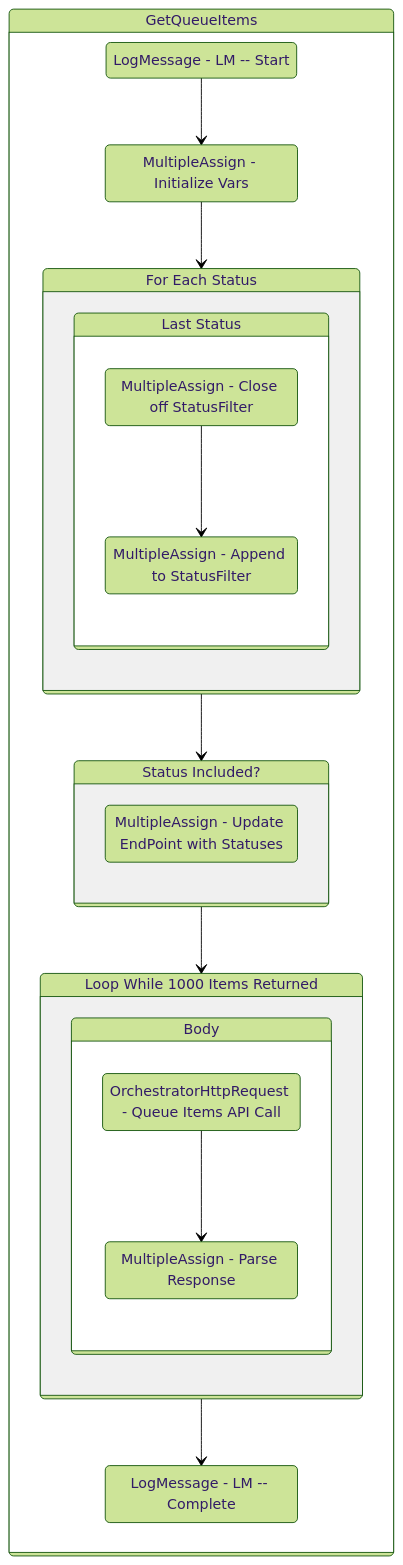
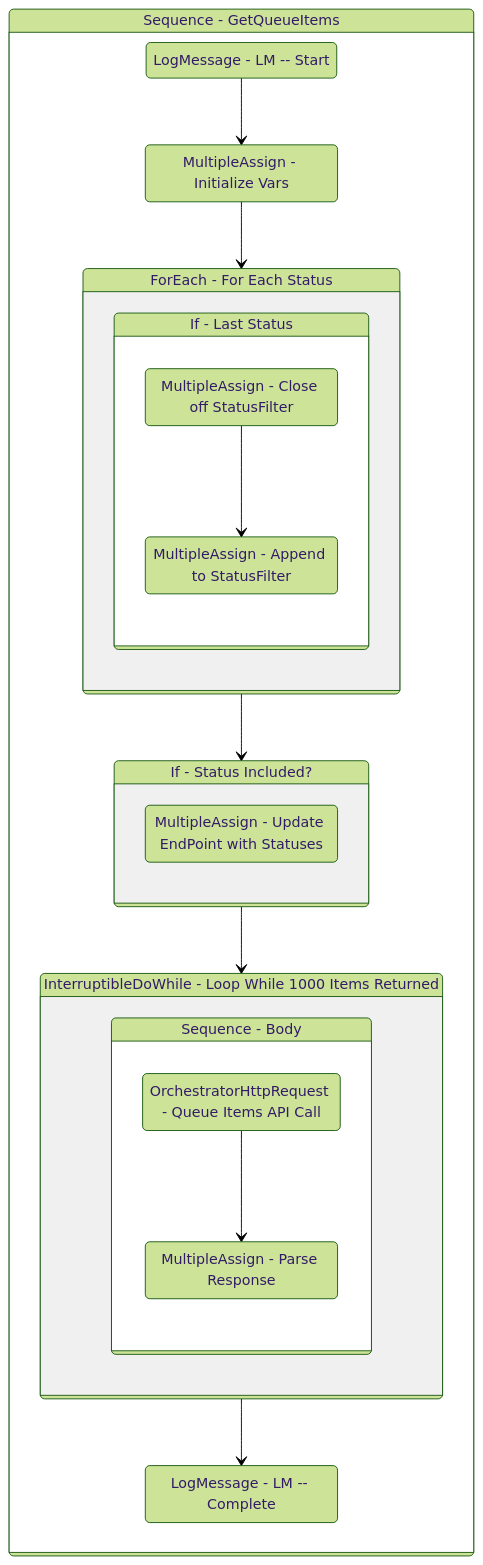
One commit to yashbrahmbhatt/LazyFramework changed the diagram in Documentation/.templates/Reporters/Basic/Orchestrator/GetQueueItems.md. Above: the diagram before and after it, drawn with Mermaid (forest theme). The commit also changed other lines of this file and 78 other files, not shown here.

````diff
--- a/Documentation/.templates/Reporters/Basic/Orchestrator/GetQueueItems.md
+++ b/Documentation/.templates/Reporters/Basic/Orchestrator/GetQueueItems.md
@@ -119,46 +119,46 @@
 ```mermaid
 stateDiagram-v2
 
 
-Sequence_1: GetQueueItems
+Sequence_1: Sequence - GetQueueItems
 state Sequence_1 {
 direction TB
 LogMessage_1 : LogMessage - LM -- Start
 MultipleAssign_1 : MultipleAssign - Initialize Vars
 LogMessage_1 --> MultipleAssign_1
 MultipleAssign_1 --> ForEach1_1
-ForEach1_1: For Each Status
+ForEach1_1: ForEach - For Each Status
 state ForEach1_1 {
 direction TB
 
-If_1: Last Status
+If_1: If - Last Status
 state If_1 {
 direction TB
 MultipleAssign_2 : MultipleAssign - Close off StatusFilter
 MultipleAssign_3 : MultipleAssign - Append to StatusFilter
 MultipleAssign_2 --> MultipleAssign_3
 }
 }
 ForEach1_1 --> If_2
-If_2: Status Included?
+If_2: If - Status Included?
 state If_2 {
 direction TB
 MultipleAssign_4 : MultipleAssign - Update EndPoint with Statuses
 }
 If_2 --> InterruptibleDoWhile_1
-InterruptibleDoWhile_1: Loop While 1000 Items Returned
+InterruptibleDoWhile_1: InterruptibleDoWhile - Loop While 1000 Items Returned
 state InterruptibleDoWhile_1 {
 direction TB
 
-Sequence_6: Body
+Sequence_6: Sequence - Body
 state Sequence_6 {
 direction TB
 OrchestratorHttpRequest_1 : OrchestratorHttpRequest - Queue Items API Call
 MultipleAssign_5 : MultipleAssign - Parse Response
 OrchestratorHttpRequest_1 --> MultipleAssign_5
 }
 }
 LogMessage_2 : LogMessage - LM -- Complete
 InterruptibleDoWhile_1 --> LogMessage_2
 }
 ```
````
